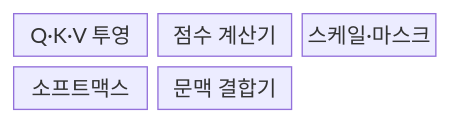
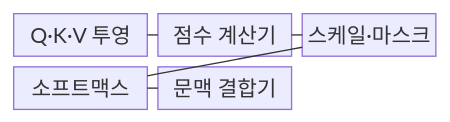
Before and after one commit to agnusdei1207/knowledge-base: the first of 2 diagrams in src/content/docs/notes/08-latest-tech/028_self_attention.md, drawn with Mermaid. The commit also changed other lines of this file and 228 other files, not shown here.

````diff
--- a/src/content/docs/notes/08-latest-tech/028_self_attention.md
+++ b/src/content/docs/notes/08-latest-tech/028_self_attention.md
@@ -51,9 +51,13 @@
 ```mermaid
 block-beta
     columns 3
     P["Q·K·V 투영"]
     S["점수 계산기"]
     M["스케일·마스크"]
     W["소프트맥스"]
     C["문맥 결합기"]
+    P --- S
+    S --- M
+    M --- W
+    W --- C
 ```
````
